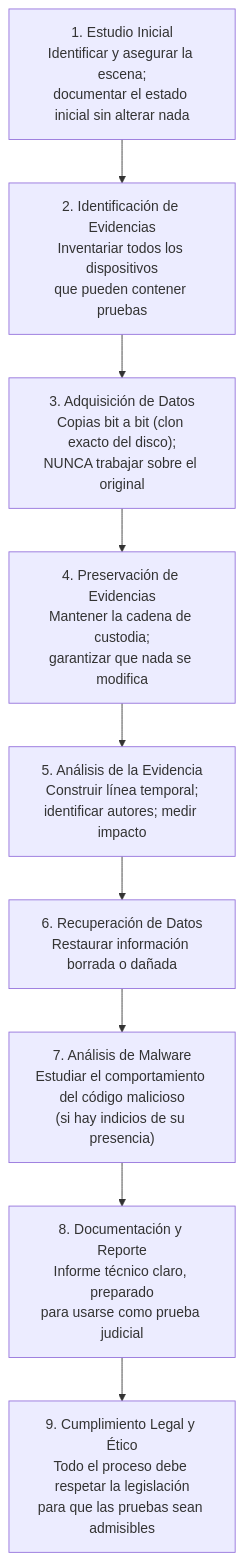
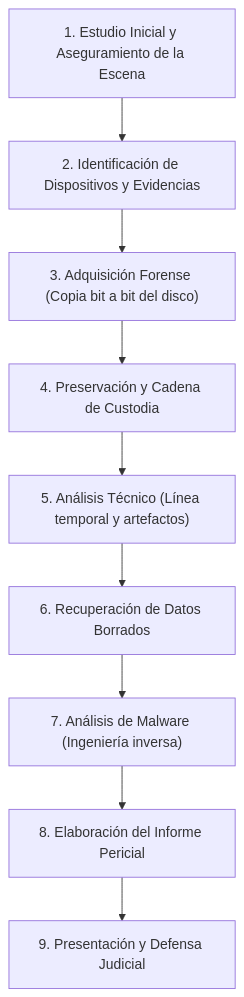
One commit to JohnDSil/apuntes_asir changed the fifth of 6 diagrams in docs/2-curso/sad/04-amenazas-vulnerabilidades-forense.md. Above: the diagram before and after it, drawn with Mermaid. The commit also changed other lines of this file and 5 other files, not shown here.

````diff
--- a/docs/2-curso/sad/04-amenazas-vulnerabilidades-forense.md
+++ b/docs/2-curso/sad/04-amenazas-vulnerabilidades-forense.md
@@ -232,14 +161,11 @@
 ```mermaid
 flowchart TD
-    F1["1. Estudio Inicial\nIdentificar y asegurar la escena;\ndocumentar el estado inicial sin alterar nada"]
-    F2["2. Identificación de Evidencias\nInventariar todos los dispositivos\nque pueden contener pruebas"]
-    F3["3. Adquisición de Datos\nCopias bit a bit (clon exacto del disco);\nNUNCA trabajar sobre el original"]
-    F4["4. Preservación de Evidencias\nMantener la cadena de custodia;\ngarantizar que nada se modifica"]
-    F5["5. Análisis de la Evidencia\nConstruir línea temporal;\nidentificar autores; medir impacto"]
-    F6["6. Recuperación de Datos\nRestaurar información borrada o dañada"]
-    F7["7. Análisis de Malware\nEstudiar el comportamiento del código malicioso\n(si hay indicios de su presencia)"]
-    F8["8. Documentación y Reporte\nInforme técnico claro, preparado\npara usarse como prueba judicial"]
-    F9["9. Cumplimiento Legal y Ético\nTodo el proceso debe respetar la legislación\npara que las pruebas sean admisibles"]
-
-    F1 --> F2 --> F3 --> F4 --> F5 --> F6 --> F7 --> F8 --> F9
+    F1["1. Estudio Inicial y Aseguramiento de la Escena"] --> F2["2. Identificación de Dispositivos y Evidencias"]
+    F2 --> F3["3. Adquisición Forense (Copia bit a bit del disco)"]
+    F3 --> F4["4. Preservación y Cadena de Custodia"]
+    F4 --> F5["5. Análisis Técnico (Línea temporal y artefactos)"]
+    F5 --> F6["6. Recuperación de Datos Borrados"]
+    F6 --> F7["7. Análisis de Malware (Ingeniería inversa)"]
+    F7 --> F8["8. Elaboración del Informe Pericial"]
+    F8 --> F9["9. Presentación y Defensa Judicial"]
 ```
````
